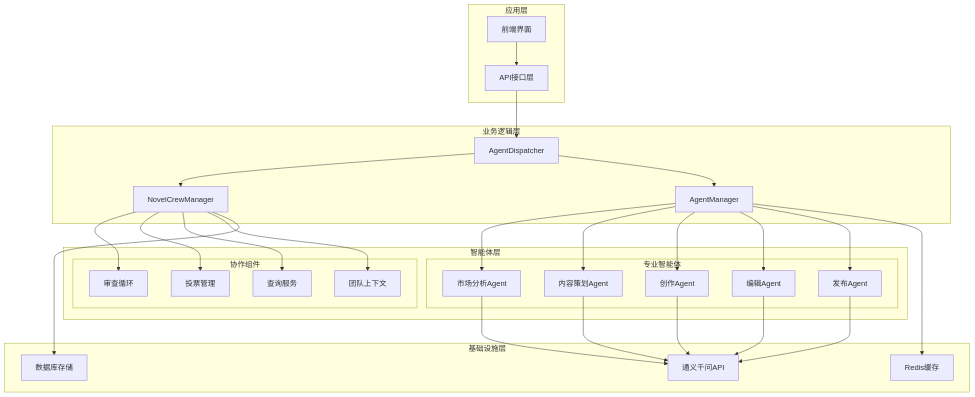
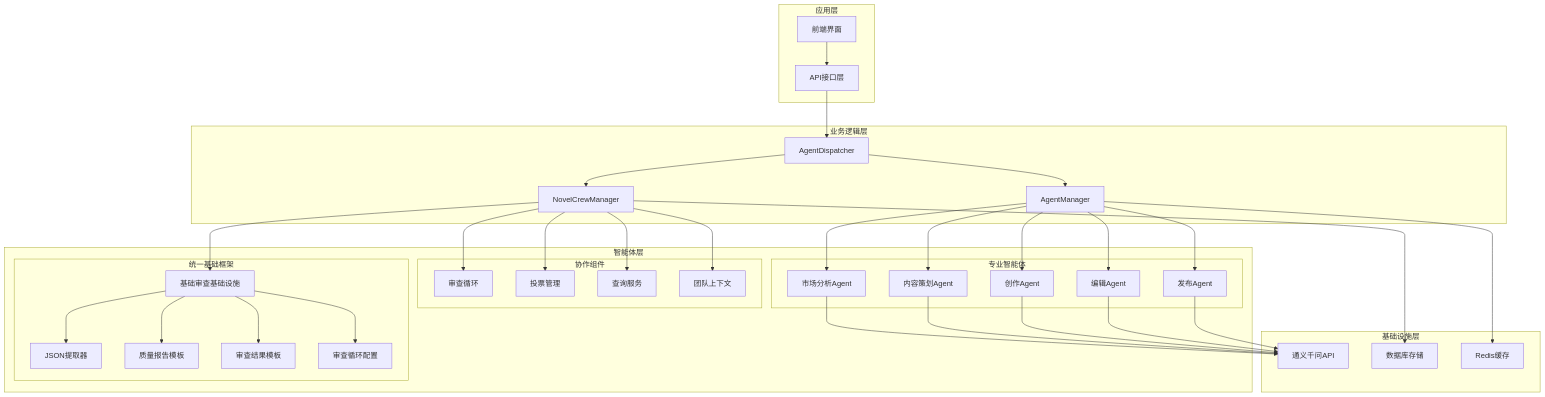
Before and after one commit to xfbyxq/ai-novel-system: the third of 21 diagrams in .qoder/repowiki/zh/content/AI智能体系统/Agent协作框架.md, drawn with Mermaid. The commit also changed other lines of this file and 10 other files, not shown here.

````diff
--- a/.qoder/repowiki/zh/content/AI智能体系统/Agent协作框架.md
+++ b/.qoder/repowiki/zh/content/AI智能体系统/Agent协作框架.md
@@ -197,52 +196,64 @@
 ```mermaid
 graph TB
 subgraph "应用层"
 API[API接口层]
 Frontend[前端界面]
 end
 subgraph "业务逻辑层"
 Crew[NovelCrewManager]
 Dispatcher[AgentDispatcher]
 Manager[AgentManager]
 end
 subgraph "智能体层"
 subgraph "专业智能体"
 Market[市场分析Agent]
 Content[内容策划Agent]
 Write[创作Agent]
 Edit[编辑Agent]
 Publish[发布Agent]
 end
 subgraph "协作组件"
 Review[审查循环]
 Vote[投票管理]
 Query[查询服务]
 Context[团队上下文]
 end
+subgraph "统一基础框架"
+BaseInfra[基础审查基础设施]
+JsonExt[JSON提取器]
+QualityRep[质量报告模板]
+ReviewRes[审查结果模板]
+LoopCfg[审查循环配置]
+end
 end
 subgraph "基础设施层"
 LLM[通义千问API]
 Storage[数据库存储]
 Redis[Redis缓存]
 end
 API --> Dispatcher
 Frontend --> API
 Dispatcher --> Crew
 Crew --> Review
 Crew --> Vote
 Crew --> Query
 Crew --> Context
+Crew --> BaseInfra
+BaseInfra --> JsonExt
+BaseInfra --> QualityRep
+BaseInfra --> ReviewRes
+BaseInfra --> LoopCfg
 Dispatcher --> Manager
 Manager --> Market
 Manager --> Content
 Manager --> Write
 Manager --> Edit
 Manager --> Publish
 Market --> LLM
 Content --> LLM
 Write --> LLM
 Edit --> LLM
 Publish --> LLM
 Crew --> Storage
 Manager --> Redis
 ```
````
